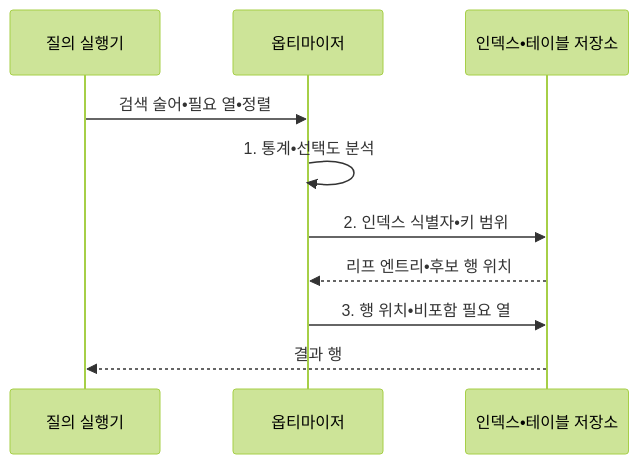
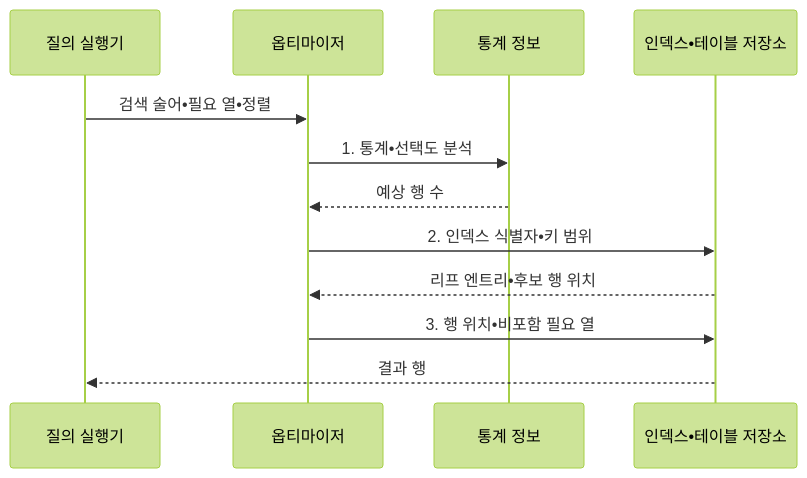
One commit to agnusdei1207/knowledge-base changed the second of 2 diagrams in src/content/docs/notes/03-software/093_index_structure.md. Above: the diagram before and after it, drawn with Mermaid (forest theme). The commit also changed other lines of this file and 15 other files, not shown here.

````diff
--- a/src/content/docs/notes/03-software/093_index_structure.md
+++ b/src/content/docs/notes/03-software/093_index_structure.md
@@ -105,12 +105,14 @@
 ```mermaid
 sequenceDiagram
     participant Q as 질의 실행기
     participant O as 옵티마이저
+    participant S as 통계 정보
     participant D as 인덱스•테이블 저장소
     Q->>O: 검색 술어•필요 열•정렬
-    O->>O: 1. 통계•선택도 분석
+    O->>S: 1. 통계•선택도 분석
+    S-->>O: 예상 행 수
     O->>D: 2. 인덱스 식별자•키 범위
     D-->>O: 리프 엔트리•후보 행 위치
     O->>D: 3. 행 위치•비포함 필요 열
     D-->>Q: 결과 행
 ```
````
